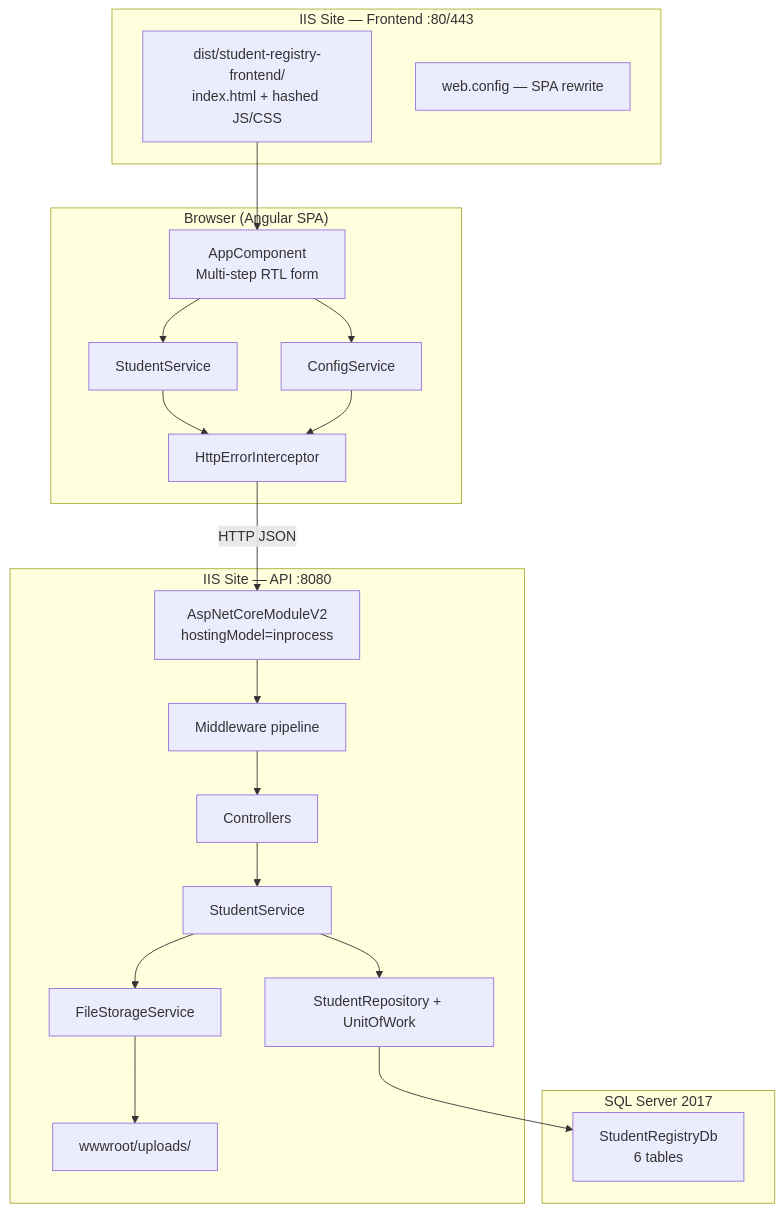
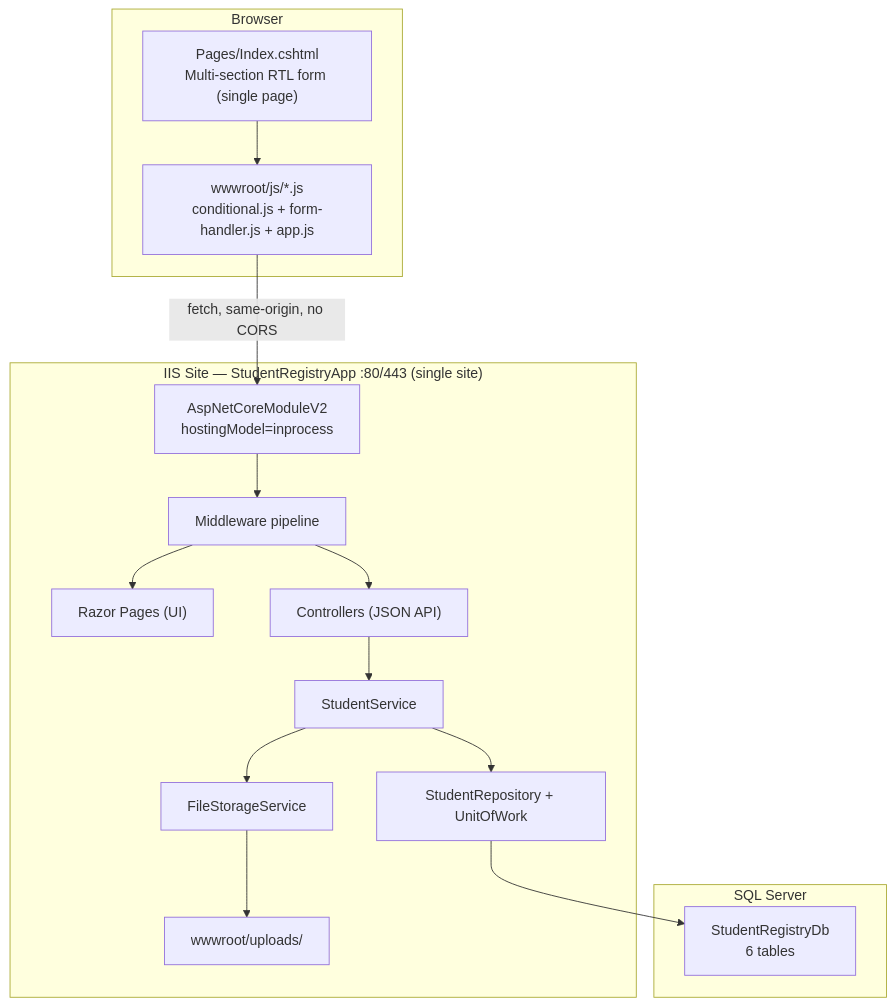
Before and after one commit to mohmmed50/dynamic--form-based-web-application: the diagram in ARCHITECTURE.md, drawn with Mermaid. The commit also changed other lines of this file and 47 other files, not shown here.

````diff
--- a/ARCHITECTURE.md
+++ b/ARCHITECTURE.md
@@ -11,36 +13,30 @@
 ```mermaid
 flowchart TB
-    subgraph Client["Browser (Angular SPA)"]
-        UI["AppComponent<br/>Multi-step RTL form"]
-        CS["ConfigService"]
-        SS["StudentService"]
-        INT["HttpErrorInterceptor"]
+    subgraph Client["Browser"]
+        UI["Pages/Index.cshtml<br/>Multi-section RTL form (single page)"]
+        JS["wwwroot/js/*.js<br/>conditional.js + form-handler.js + app.js"]
     end
 
-    subgraph IIS_Frontend["IIS Site — Frontend :80/443"]
-        SPA["dist/student-registry-frontend/<br/>index.html + hashed JS/CSS"]
-        FWCFG["web.config — SPA rewrite"]
-    end
-
-    subgraph IIS_API["IIS Site — API :8080"]
+    subgraph IIS["IIS Site — StudentRegistryApp :80/443 (single site)"]
         ANM["AspNetCoreModuleV2<br/>hostingModel=inprocess"]
         PIPE["Middleware pipeline"]
-        CTRL["Controllers"]
+        RP["Razor Pages (UI)"]
+        CTRL["Controllers (JSON API)"]
         SVC["StudentService"]
         REPO["StudentRepository + UnitOfWork"]
         FS["FileStorageService"]
         WWW["wwwroot/uploads/"]
     end
 
-    subgraph DB["SQL Server 2017"]
+    subgraph DB["SQL Server"]
         SRDB["StudentRegistryDb<br/>6 tables"]
     end
 
-    UI --> CS & SS
-    SS & CS --> INT
-    INT -->|HTTP JSON| ANM
-    SPA --> UI
-    ANM --> PIPE --> CTRL --> SVC
+    UI --> JS
+    JS -->|fetch, same-origin, no CORS| ANM
+    ANM --> PIPE
+    PIPE --> RP
+    PIPE --> CTRL --> SVC
     SVC --> REPO --> SRDB
     SVC --> FS --> WWW
 ```
````
